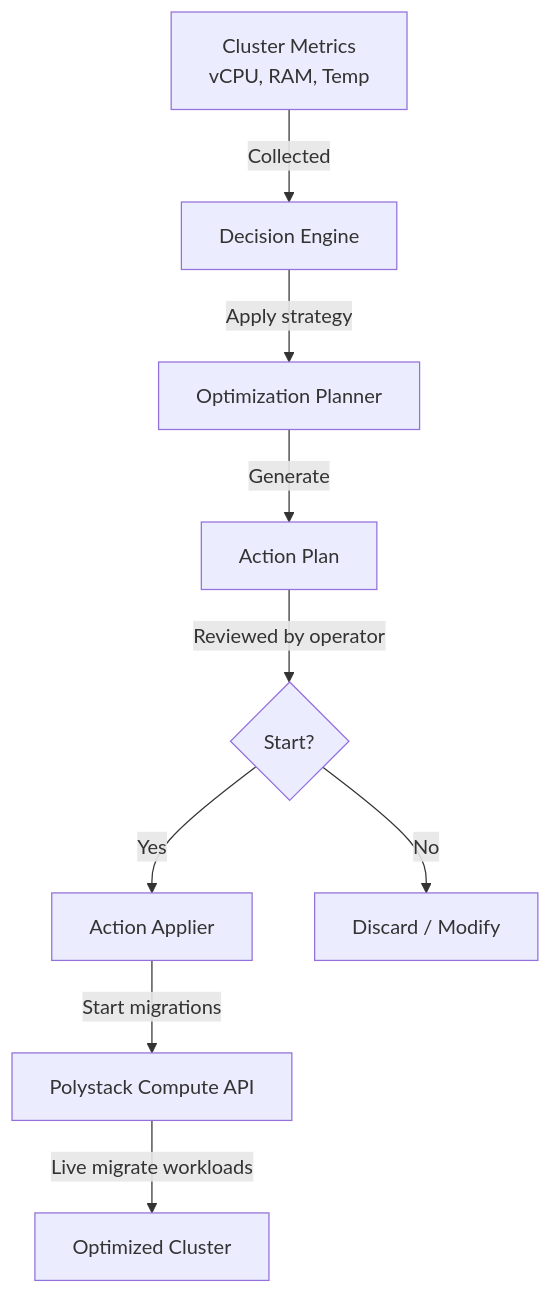
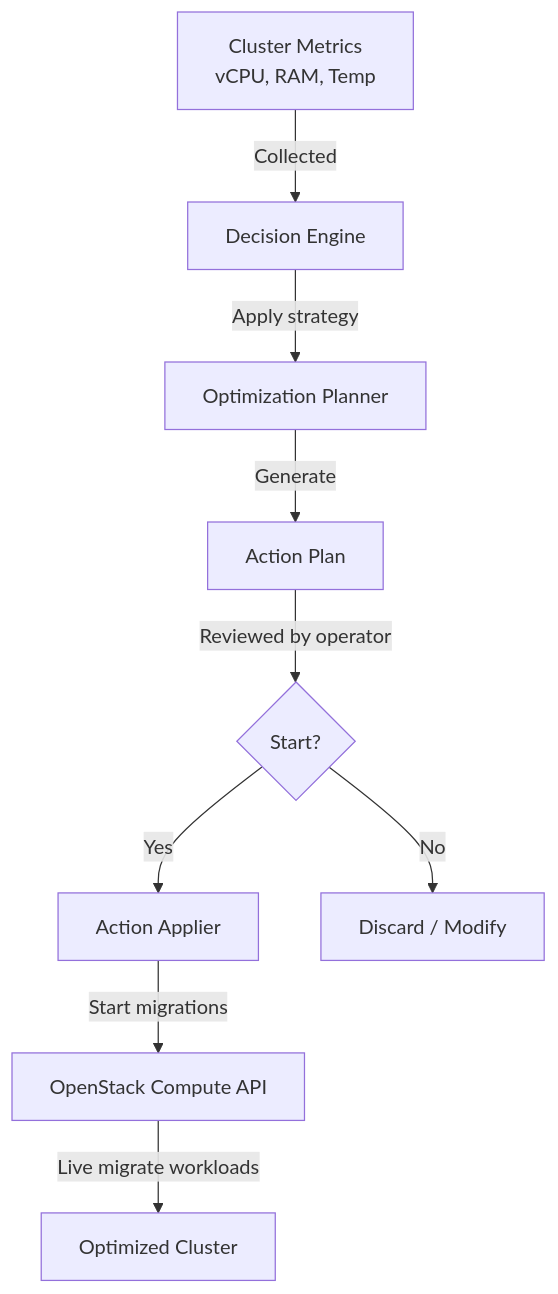
The diagram in services/optimization/index.mdx (ankur-kumar87/docs-polystack), drawn with Mermaid before and after one commit. The commit also changed 19 other files, not shown here.

Commit message:
docs: rename API references to OpenStack

````diff
--- a/services/optimization/index.mdx
+++ b/services/optimization/index.mdx
@@ -76,11 +76,11 @@
 ```mermaid
 graph TD
     A[Cluster Metrics<br/>vCPU, RAM, Temp] -->|Collected| B[Decision Engine]
     B -->|Apply strategy| C[Optimization Planner]
     C -->|Generate| D[Action Plan]
     D -->|Reviewed by operator| E{Start?}
     E -->|Yes| F[Action Applier]
     E -->|No| G[Discard / Modify]
-    F -->|Start migrations| H[Polystack Compute API]
+    F -->|Start migrations| H[OpenStack Compute API]
     H -->|Live migrate workloads| I[Optimized Cluster]
 ```
````
